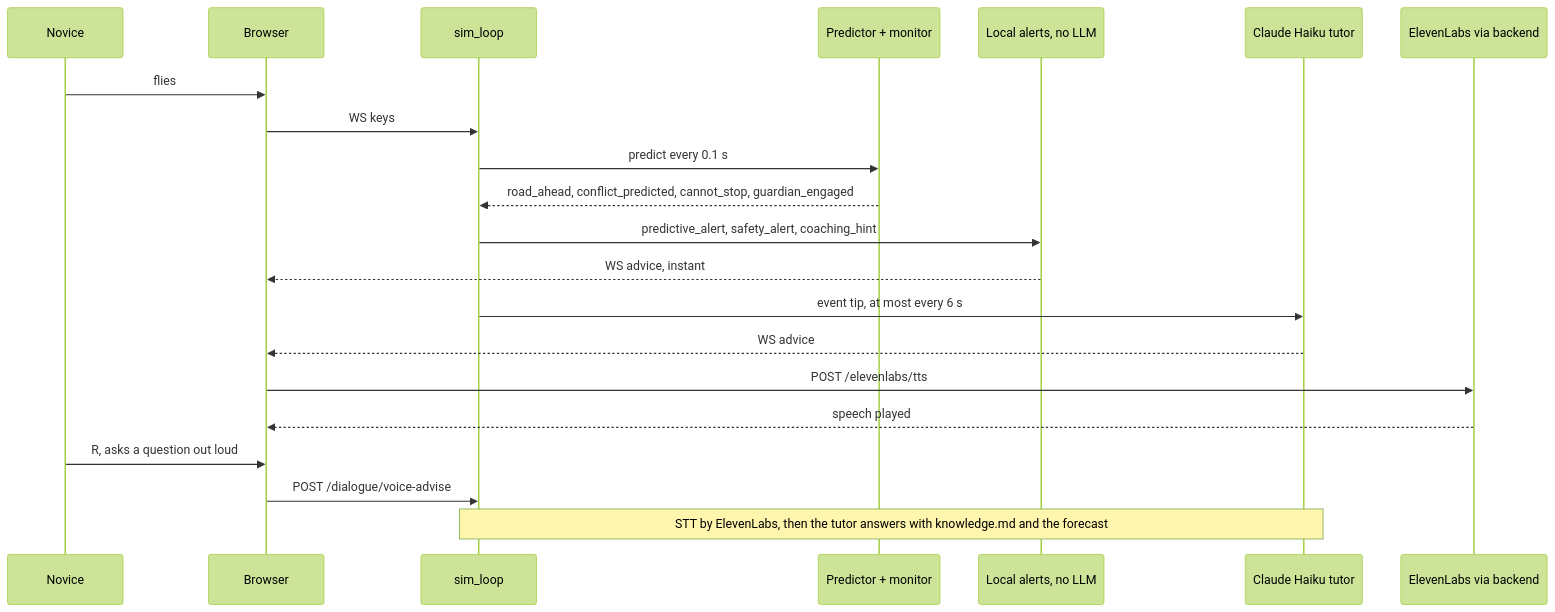
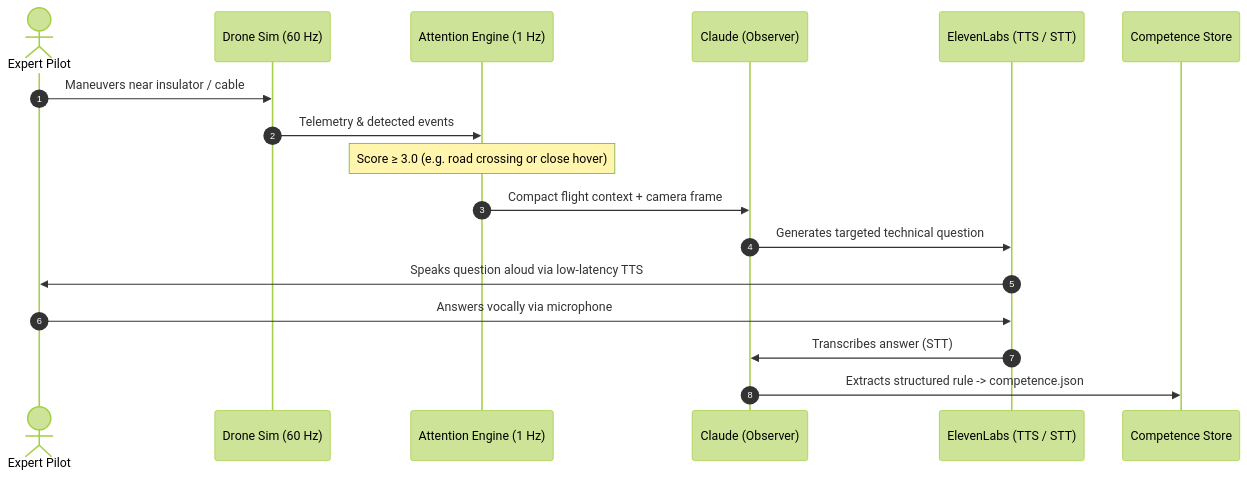
The second of 2 diagrams in PIPELINE.md (jona-droid/Hackathon-Hacknation), drawn with Mermaid (forest theme) before and after one commit. The commit also changed other lines of this file and 2 other files, not shown here.

````diff
--- a/PIPELINE.md
+++ b/PIPELINE.md
@@ -847,23 +54,20 @@
 ```mermaid
 sequenceDiagram
-  participant P as Novice
-  participant UI as Browser
-  participant SIM as sim_loop
-  participant MPC as Predictor + monitor
-  participant AL as Local alerts, no LLM
-  participant HK as Claude Haiku tutor
-  participant EL as ElevenLabs via backend
-  P->>UI: flies
-  UI->>SIM: WS keys
-  SIM->>MPC: predict every 0.1 s
-  MPC-->>SIM: road_ahead, conflict_predicted, cannot_stop, guardian_engaged
-  SIM->>AL: predictive_alert, safety_alert, coaching_hint
-  AL-->>UI: WS advice, instant
-  SIM->>HK: event tip, at most every 6 s
-  HK-->>UI: WS advice
-  UI->>EL: POST /elevenlabs/tts
-  EL-->>UI: speech played
-  P->>UI: R, asks a question out loud
-  UI->>SIM: POST /dialogue/voice-advise
-  Note over SIM,HK: STT by ElevenLabs, then the tutor answers with knowledge.md and the forecast
+  autonumber
+  actor Pilot as Expert Pilot
+  participant Sim as Drone Sim (60 Hz)
+  participant Attn as Attention Engine (1 Hz)
+  participant Claude as Claude (Observer)
+  participant EL as ElevenLabs (TTS / STT)
+  participant KB as Competence Store
+
+  Pilot->>Sim: Maneuvers near insulator / cable
+  Sim->>Attn: Telemetry & detected events
+  Note over Attn: Score ≥ 3.0 (e.g. road crossing or close hover)
+  Attn->>Claude: Compact flight context + camera frame
+  Claude->>EL: Generates targeted technical question
+  EL->>Pilot: Speaks question aloud via low-latency TTS
+  Pilot->>EL: Answers vocally via microphone
+  EL->>Claude: Transcribes answer (STT)
+  Claude->>KB: Extracts structured rule -> competence.json
 ```
````
